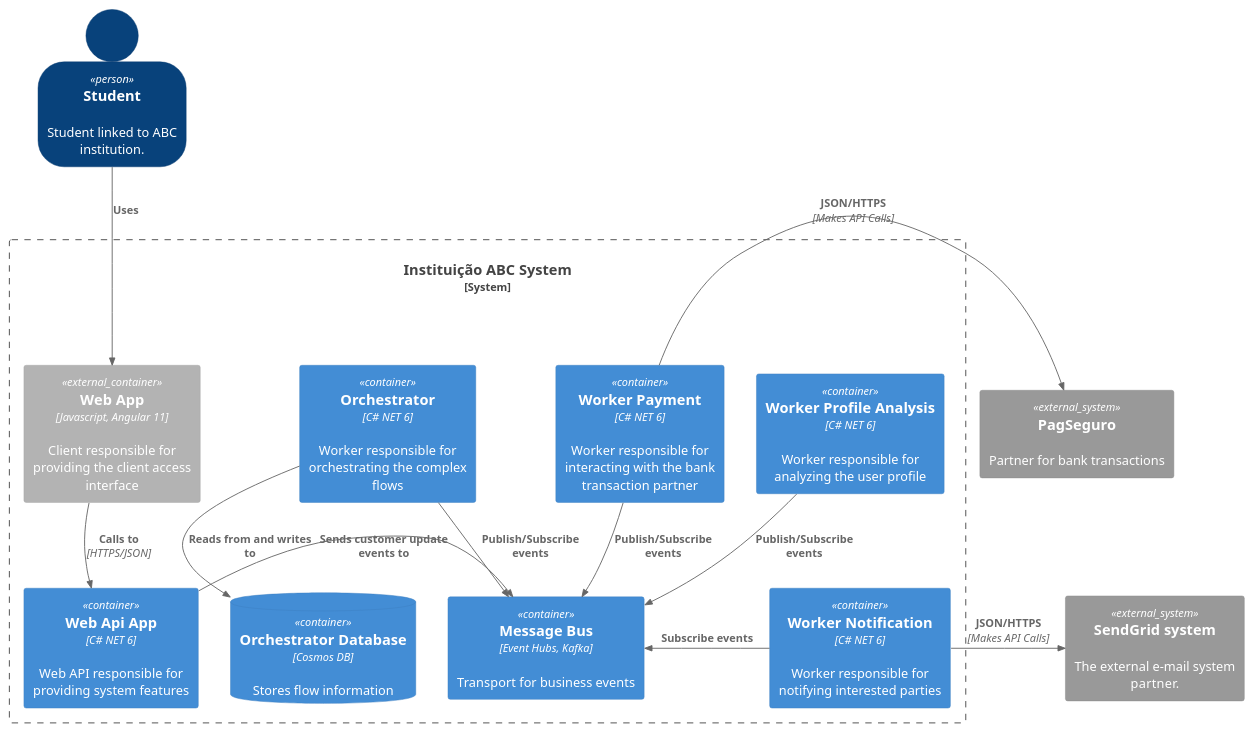
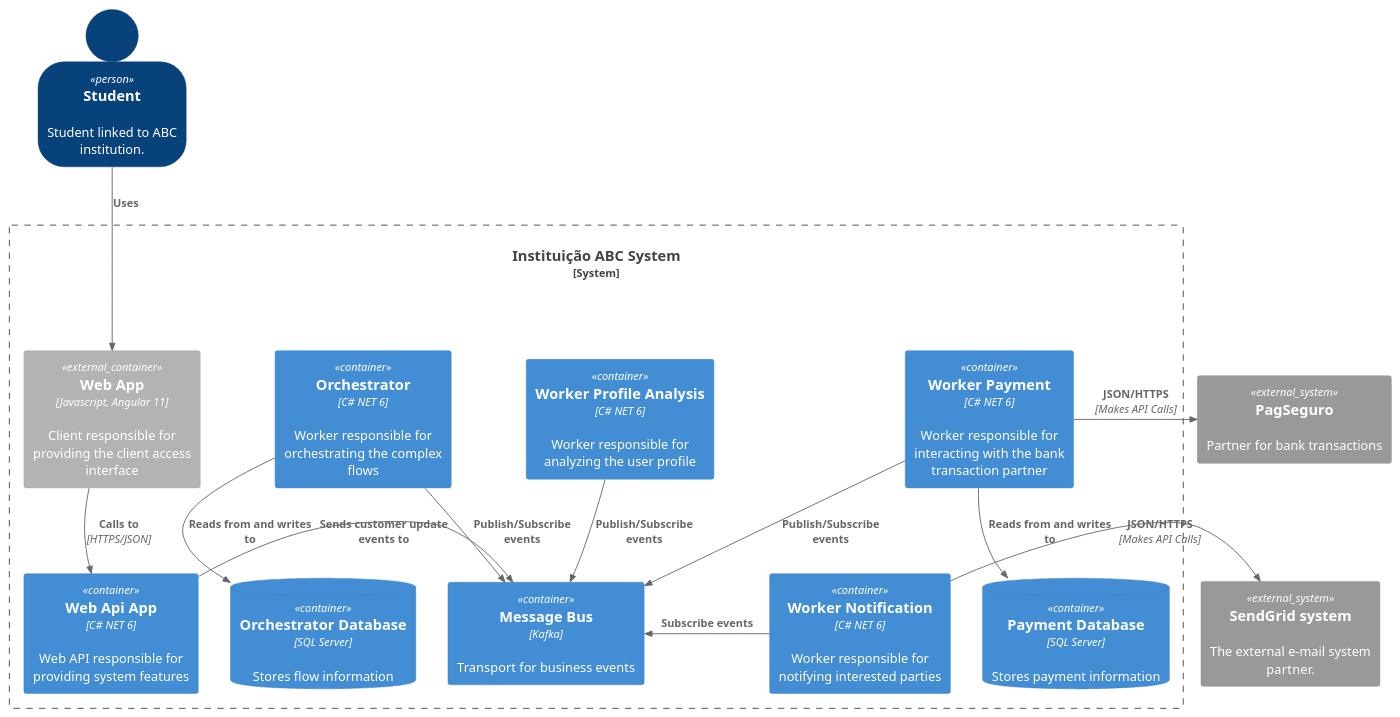
Before and after one commit to alexsanderos/unisinos-abc-distributed: the diagram in docs/architecture/container.puml, drawn with PlantUML. The commit also changed 38 other files, not shown here.

```diff
--- a/docs/architecture/container.puml
+++ b/docs/architecture/container.puml
@@ -1,51 +1,55 @@
 @startuml
 !include https://raw.githubusercontent.com/plantuml-stdlib/C4-PlantUML/master/C4_Container.puml
 
 SHOW_PERSON_OUTLINE()
 
 Person(customer, "Student", "Student linked to ABC institution.")
 
 System_Boundary(c0, "Instituição ABC System") {
 
     Container_Ext(web_app, "Web App", "Javascript, Angular 11", "Client responsible for providing the client access interface")
 
-    Container(message_bus, "Message Bus", "Event Hubs, Kafka", "Transport for business events")
+    Container(message_bus, "Message Bus", "Kafka", "Transport for business events")
 
     Container(web_api, "Web Api App", "C# NET 6", "Web API responsible for providing system features")
 
     Container(orchestrator_container, "Orchestrator", "C# NET 6", "Worker responsible for orchestrating the complex flows")
 
-    ContainerDb(orchestrator_db, "Orchestrator Database", "Cosmos DB", "Stores flow information")
+    ContainerDb(orchestrator_db, "Orchestrator Database", "SQL Server", "Stores flow information")
 
     Container(worker_payment, "Worker Payment", "C# NET 6", "Worker responsible for interacting with the bank transaction partner")
+    
+    ContainerDb(payment_db, "Payment Database", "SQL Server", "Stores payment information")
 
     Container(worker_profile_analysis, "Worker Profile Analysis", "C# NET 6", "Worker responsible for analyzing the user profile")
 
     Container(worker_notification, "Worker Notification", "C# NET 6", "Worker responsible for notifying interested parties")
 
 }
 
 System_Ext(partner_bank_system, "PagSeguro", "Partner for bank transactions")
 
 Rel(customer, web_app, "Uses")
 Rel(web_app, web_api, "Calls to", "HTTPS/JSON")
 
 System_Ext(mail_system, "SendGrid system", "The external e-mail system partner.")
 
 Rel_R(web_api, message_bus, "Sends customer update events to")
 
 Rel_D(orchestrator_container, message_bus, "Publish/Subscribe events")
 
 Rel_D(worker_payment, message_bus, "Publish/Subscribe events")
 
 Rel_D(orchestrator_container, orchestrator_db, "Reads from and writes to")
 
 Rel_R(worker_payment, partner_bank_system, "JSON/HTTPS", "Makes API Calls")
 
+Rel_D(worker_payment, payment_db, "Reads from and writes to")
+
 Rel_L(worker_notification, message_bus, "Subscribe events")
 
 Rel_D(worker_profile_analysis, message_bus, "Publish/Subscribe events")
 
 Rel_R(worker_notification, mail_system, "JSON/HTTPS", "Makes API Calls")
 
 @enduml
```
